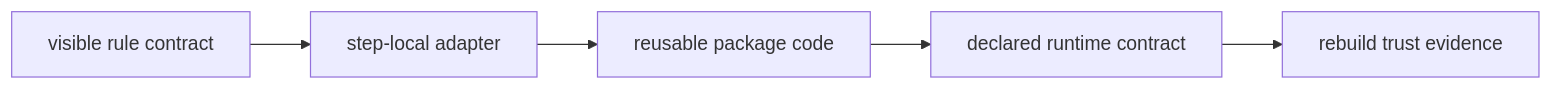
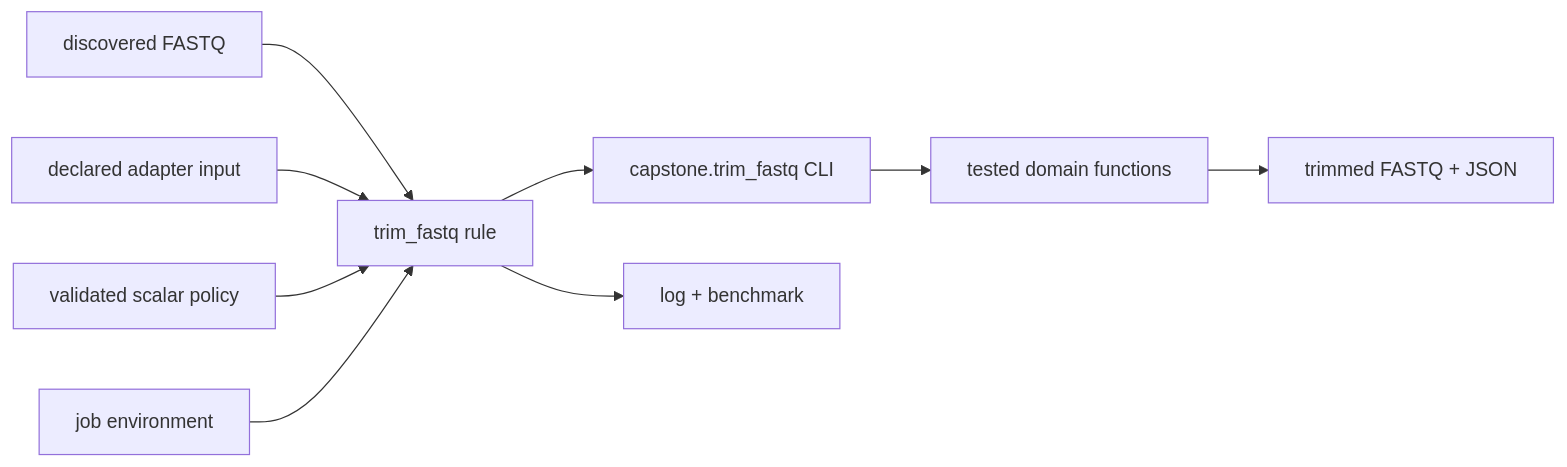
Before and after one commit to bijux/bijux-masterclass: the second of 2 diagrams in programs/reproducible-research/deep-dive-snakemake/course-book/module-05-software-boundaries-reproducible-rules/worked-example-moving-a-workflow-across-the-software-boundary-safely.md, drawn with Mermaid. The commit also changed other lines of this file, not shown here.

````diff
--- a/programs/reproducible-research/deep-dive-snakemake/course-book/module-05-software-boundaries-reproducible-rules/worked-example-moving-a-workflow-across-the-software-boundary-safely.md
+++ b/programs/reproducible-research/deep-dive-snakemake/course-book/module-05-software-boundaries-reproducible-rules/worked-example-moving-a-workflow-across-the-software-boundary-safely.md
@@ -349,7 +172,11 @@
 ```mermaid
 flowchart LR
-  rule["visible rule contract"] --> script["step-local adapter"]
-  script --> package["reusable package code"]
-  package --> runtime["declared runtime contract"]
-  runtime --> provenance["rebuild trust evidence"]
+  discovery["discovered FASTQ"] --> rule["trim_fastq rule"]
+  adapters["declared adapter input"] --> rule
+  config["validated scalar policy"] --> rule
+  runtime["job environment"] --> rule
+  rule --> cli["capstone.trim_fastq CLI"]
+  cli --> domain["tested domain functions"]
+  domain --> outputs["trimmed FASTQ + JSON"]
+  rule --> evidence["log + benchmark"]
 ```
````
